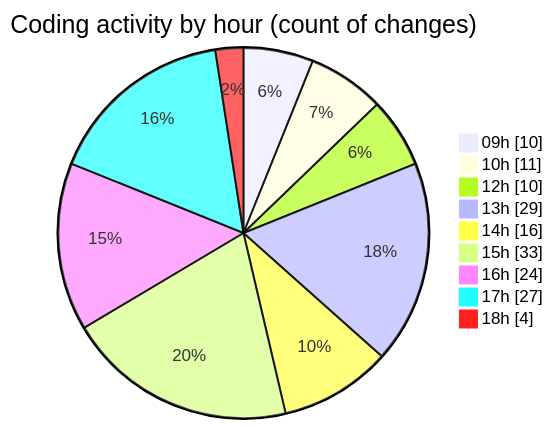
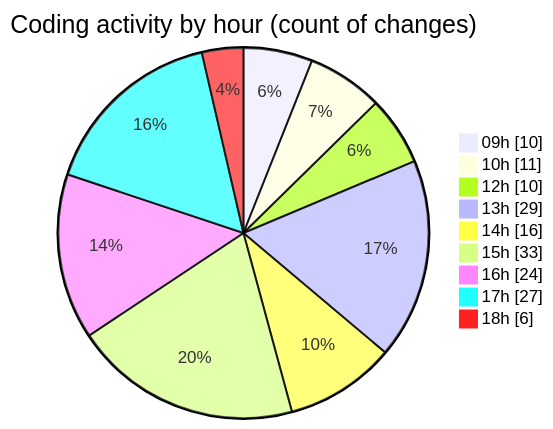
Before and after one commit to momahboobian/code-tracking: the second of 2 diagrams in 2025-09-12/cda/README.md, drawn with Mermaid. The commit also changed other lines of this file and 1 other file, not shown here.

````diff
--- a/2025-09-12/cda/README.md
+++ b/2025-09-12/cda/README.md
@@ -47,13 +47,13 @@
 ```mermaid
 pie showData
 title Coding activity by hour (count of changes)
 "09h" : 10
 "10h" : 11
 "12h" : 10
 "13h" : 29
 "14h" : 16
 "15h" : 33
 "16h" : 24
 "17h" : 27
-"18h" : 4
+"18h" : 6
 ```
````
